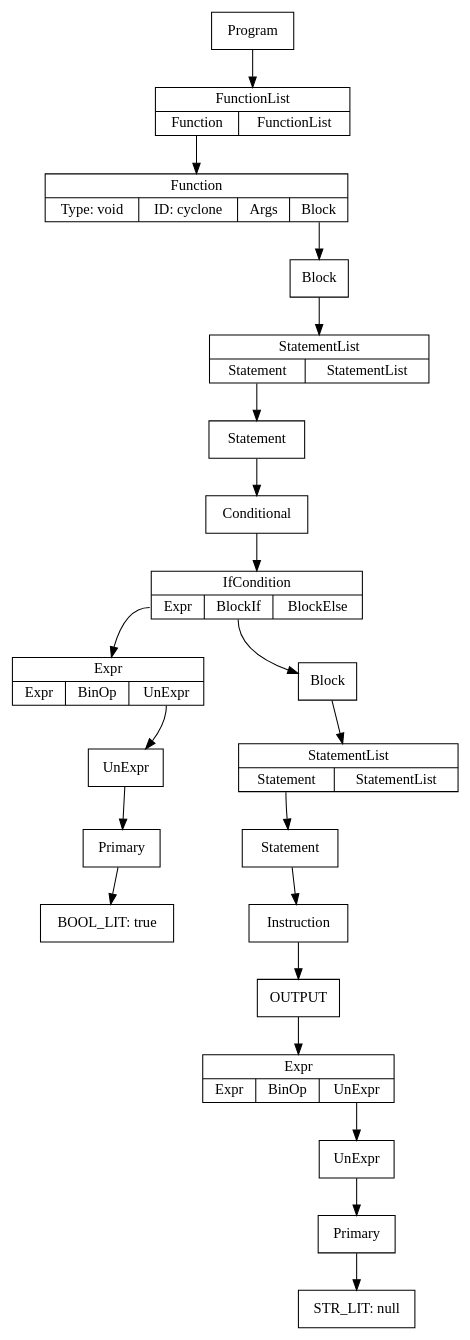
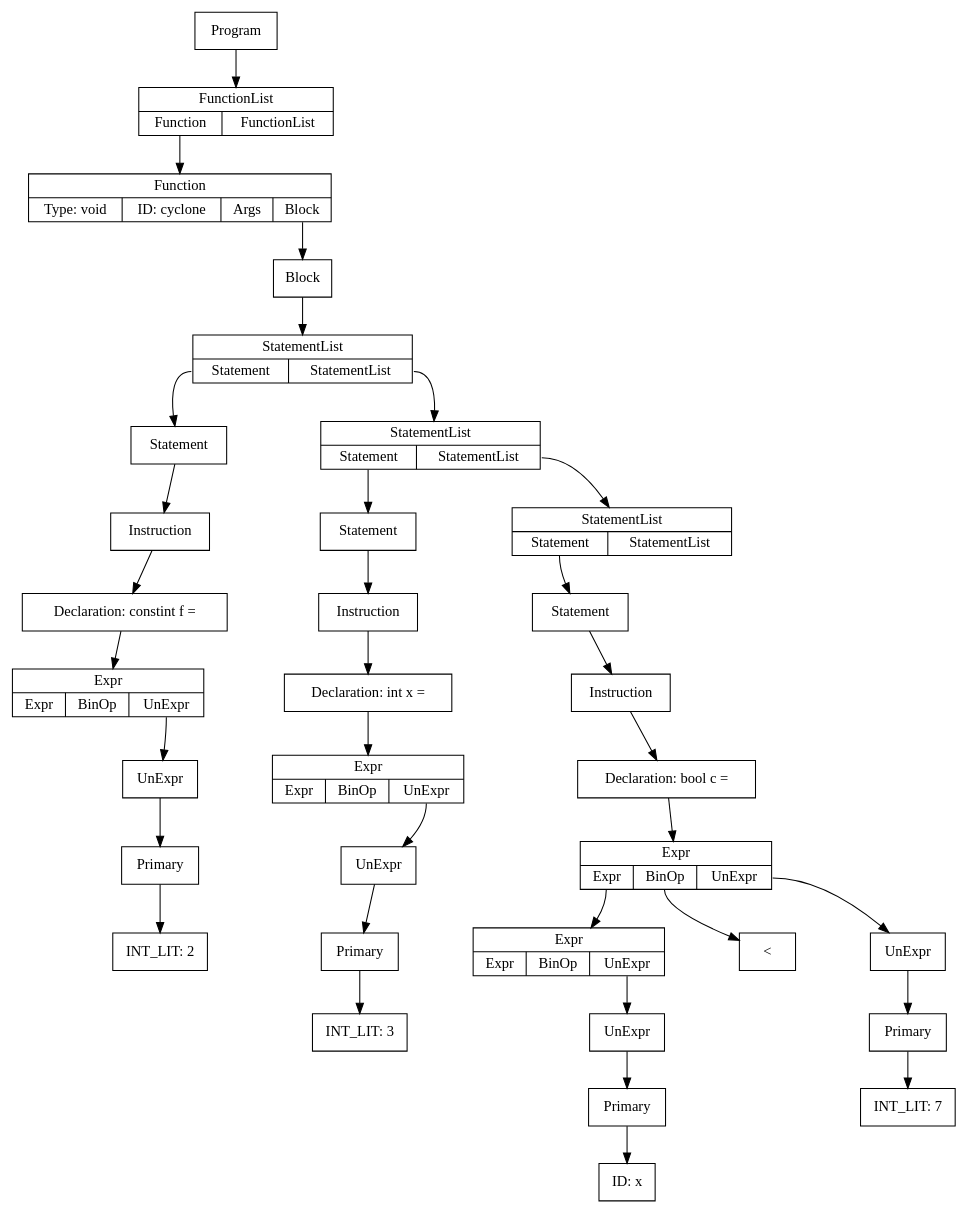
One commit to s-rom/CycloneCompiler changed the diagram in InfoFiles/comp2.dot. Above: the diagram before and after it, drawn with Graphviz. The commit also changed 31 other files, not shown here.

```diff
--- a/InfoFiles/comp2.dot
+++ b/InfoFiles/comp2.dot
@@ -1,46 +1,70 @@
 digraph ccTree {
 graph[nodesep="1"]
 	node [shape=box]
 	node [shape=box]
 	n0 [label = "Primary"]
-	n1 [label = "BOOL_LIT: true"]
+	n1 [label = "INT_LIT: 2"]
 	n0-> n1
 	n2 [label = "UnExpr"]
 	n2-> n0
 	n3 [label = "{Expr | {<e>Expr | <bo>BinOp | <ue>UnExpr}}", shape="record"]
 	n3:ue-> n2
-	n4 [label = "Primary"]
-	n5 [label = "STR_LIT: null"]
-	n4-> n5
-	n6 [label = "UnExpr"]
-	n6-> n4
-	n7 [label = "{Expr | {<e>Expr | <bo>BinOp | <ue>UnExpr}}", shape="record"]
-	n7:ue-> n6
-	n8 [label = "Instruction"]
-	n9 [label = "OUTPUT"]
-	n8-> n9
+	n4 [label = "Declaration: constint f = "]
+	n4-> n3
+	n5 [label = "Instruction"]
+	n5-> n4
+	n6 [label = "Statement"]
+	n6-> n5
+	n7 [label = "Primary"]
+	n8 [label = "INT_LIT: 3"]
+	n7-> n8
+	n9 [label = "UnExpr"]
 	n9-> n7
-	n10 [label = "Statement"]
-	n10-> n8
-	n11 [label = "{StatementList | {<s>Statement | <sl>StatementList}}", shape="record"]
-	n11:s-> n10
-	n12 [label = "Block"]
+	n10 [label = "{Expr | {<e>Expr | <bo>BinOp | <ue>UnExpr}}", shape="record"]
+	n10:ue-> n9
+	n11 [label = "Declaration: int x = "]
+	n11-> n10
+	n12 [label = "Instruction"]
 	n12-> n11
-	n13 [label = "{IfCondition | {<e>Expr | <b1>BlockIf | <b2>BlockElse}}", shape="record"]
-	n13:e-> n3
-	n13:b1-> n12
-	n14 [label = "Conditional"]
-	n14-> n13
-	n15 [label = "Statement"]
-	n15-> n14
-	n16 [label = "{StatementList | {<s>Statement | <sl>StatementList}}", shape="record"]
-	n16:s-> n15
-	n17 [label = "Block"]
-	n17-> n16
-	n18 [label = "{Function | {Type: void | ID: cyclone | <a>Args | <b>Block}}", shape="record"]
-	n18:b-> n17
-	n19 [label = "{FunctionList | {<f> Function | <fl> FunctionList}}", shape="record"]
-	n19:f-> n18
-	n20 [label = "Program"]
-	n20-> n19
+	n13 [label = "Statement"]
+	n13-> n12
+	n14 [label = "Primary"]
+	n15 [label = "ID: x"]
+	n14-> n15
+	n16 [label = "UnExpr"]
+	n16-> n14
+	n17 [label = "{Expr | {<e>Expr | <bo>BinOp | <ue>UnExpr}}", shape="record"]
+	n17:ue-> n16
+	n18 [label = "Primary"]
+	n19 [label = "INT_LIT: 7"]
+	n18-> n19
+	n20 [label = "UnExpr"]
+	n20-> n18
+	n21 [label = "{Expr | {<e>Expr | <bo>BinOp | <ue>UnExpr}}", shape="record"]
+	n21:e-> n17
+	n22 [label = "<"]
+	n21:bo-> n22
+	n21:ue-> n20
+	n23 [label = "Declaration: bool c = "]
+	n23-> n21
+	n24 [label = "Instruction"]
+	n24-> n23
+	n25 [label = "Statement"]
+	n25-> n24
+	n26 [label = "{StatementList | {<s>Statement | <sl>StatementList}}", shape="record"]
+	n26:s-> n25
+	n27 [label = "{StatementList | {<s>Statement | <sl>StatementList}}", shape="record"]
+	n27:s-> n13
+	n27:sl-> n26
+	n28 [label = "{StatementList | {<s>Statement | <sl>StatementList}}", shape="record"]
+	n28:s-> n6
+	n28:sl-> n27
+	n29 [label = "Block"]
+	n29-> n28
+	n30 [label = "{Function | {Type: void | ID: cyclone | <a>Args | <b>Block}}", shape="record"]
+	n30:b-> n29
+	n31 [label = "{FunctionList | {<f> Function | <fl> FunctionList}}", shape="record"]
+	n31:f-> n30
+	n32 [label = "Program"]
+	n32-> n31
 }
```
